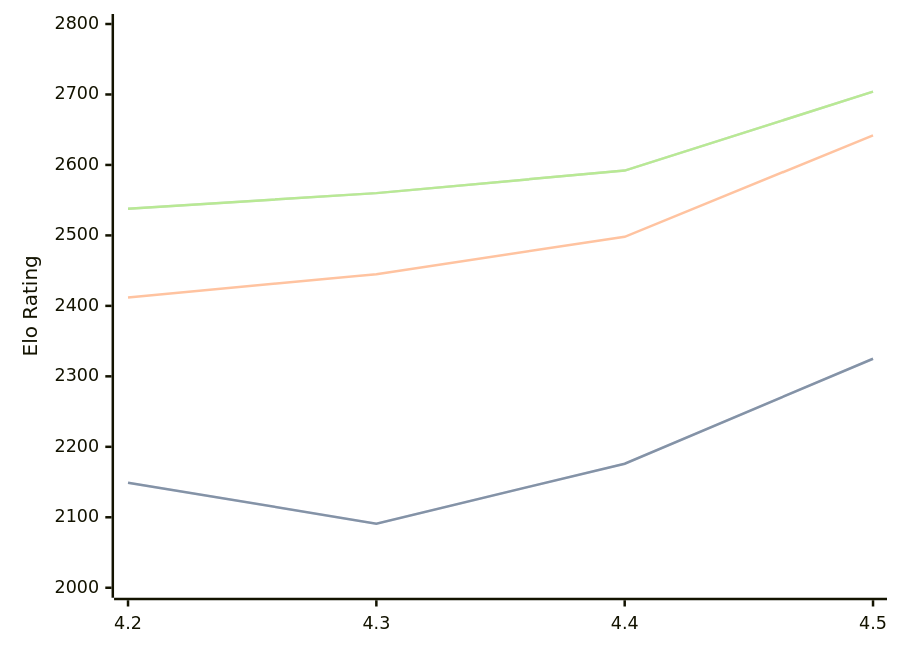
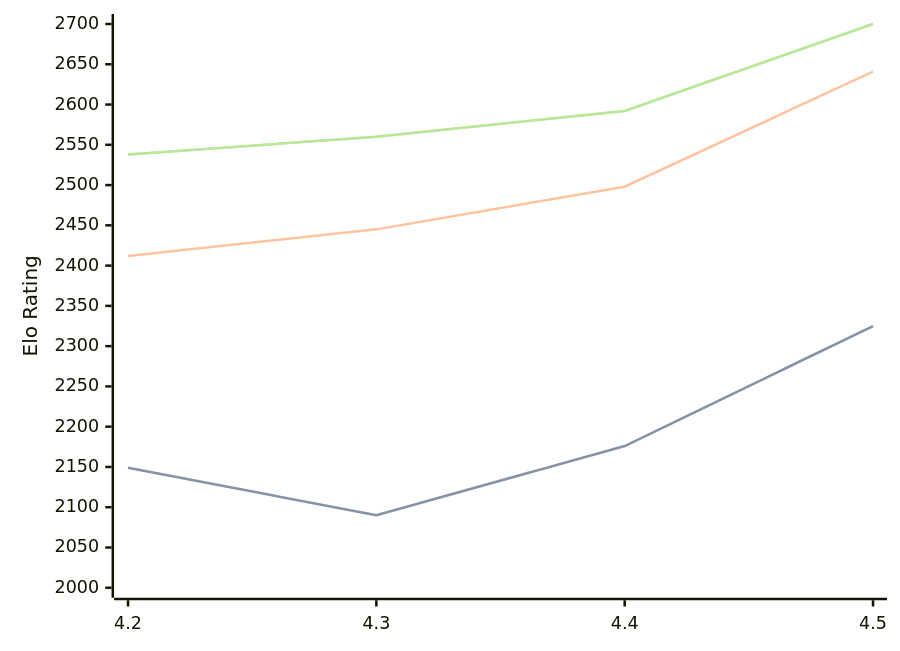
One commit to computer-chess-index/cci changed the first of 3 diagrams in engines/Eubos.md. Above: the diagram before and after it, drawn with Mermaid. The commit also changed other lines of this file, not shown here.

Commit message:
Update CCI Ratings (ELO VLTC) - 2026-07-06

````diff
--- a/engines/Eubos.md
+++ b/engines/Eubos.md
@@ -90,11 +90,11 @@
 ```mermaid
 %%{init: {"theme":"base","themeVariables":{"seriesColors:['#a3a3a3','#222221','#faa371']}}}%%
 xychart-beta
   x-axis ["4.2", "4.3", "4.4", "4.5"]
-  y-axis "Elo Rating" 2000 --> 2800
-  line "STC (8.0+0.08s)" [2149, 2091, 2176, 2325]
-  line "STC (8.0+0.08s)" [2149, 2091, 2176, 2325]
-  line "LTC (60.0+0.60s)" [2412, 2445, 2498, 2642]
-  line "VLTC (2m24s+1.12s)" [2538, 2560, 2592, 2704]
-  line "VLTC (2m24s+1.12s)" [2538, 2560, 2592, 2704]
+  y-axis "Elo Rating" 2000 --> 2700
+  line "STC (8.0+0.08s)" [2149, 2090, 2176, 2325]
+  line "STC (8.0+0.08s)" [2149, 2090, 2176, 2325]
+  line "LTC (60.0+0.60s)" [2412, 2445, 2498, 2641]
+  line "VLTC (2m24s+1.12s)" [2538, 2560, 2592, 2700]
+  line "VLTC (2m24s+1.12s)" [2538, 2560, 2592, 2700]
 ```
````
